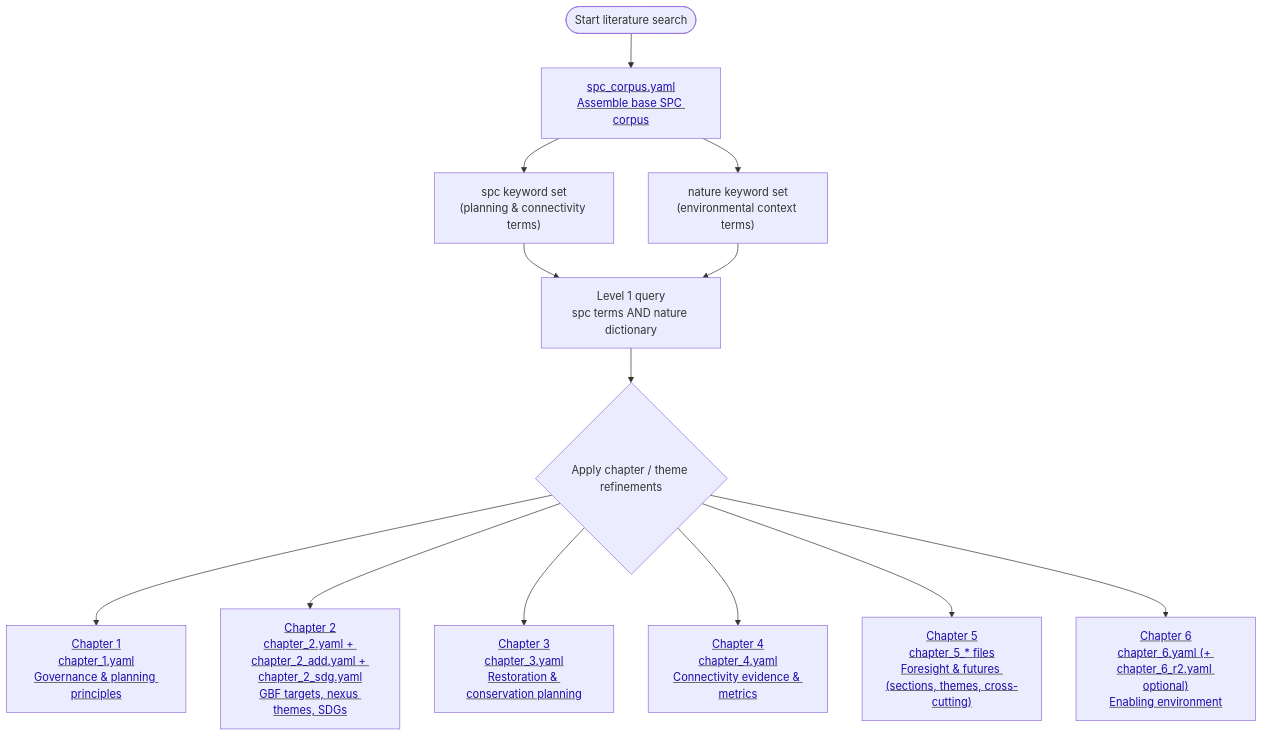
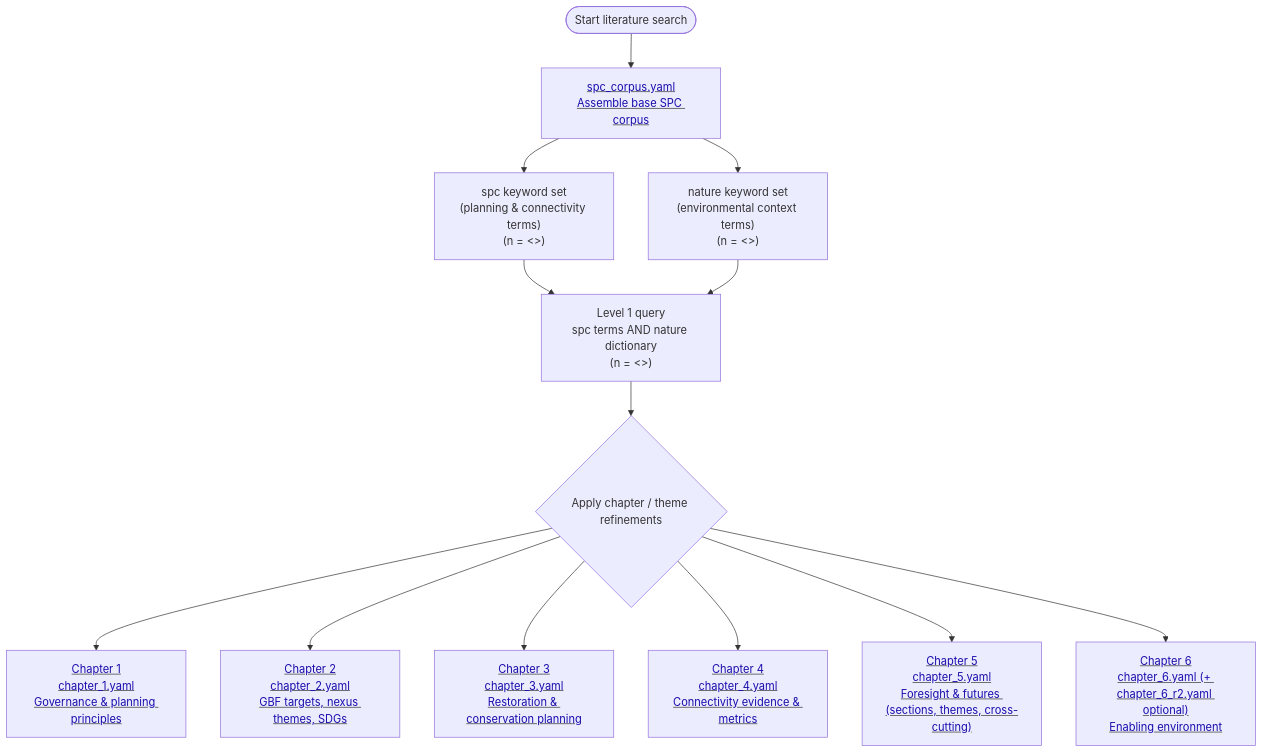
The diagram in figures/overview.mmd (gabriellabishop/IPBES_SPC_Corpus), drawn with Mermaid before and after one commit. The commit also changed 14 other files, not shown here.

Commit message:
Refinement charts and LLM Disclosure added

```diff
--- a/figures/overview.mmd
+++ b/figures/overview.mmd
@@ -1,23 +1,26 @@
 %%{init: {'flowchart': {'htmlLabels': true}}}%%
 flowchart TD
     Start([Start literature search]) --> SPC["<u><span style='color:#1a0dab;'>spc_corpus.yaml<br/>Assemble base SPC corpus</span></u>"]
     click SPC "./input/search_terms/spc_corpus.yaml" "Open spc_corpus.yaml"
-    SPC --> SPC_list["spc keyword set<br/>(planning & connectivity terms)"]
-    SPC --> NATURE_list["nature keyword set<br/>(environmental context terms)"]
-    SPC_list --> BaseQuery["Level 1 query<br/>spc terms AND nature dictionary"]
+    SPC --> SPC_list["spc keyword set<br/>(planning & connectivity terms)<br/>(n = <<SPC_LIST>>)"
+]
+    SPC --> NATURE_list["nature keyword set<br/>(environmental context terms)<br/>(n = <<NATURE_LIST>>)"
+]
+    SPC_list --> BaseQuery["Level 1 query<br/>spc terms AND nature dictionary<br/>(n = <<BASE_QUERY>>)"
+]
     NATURE_list --> BaseQuery
 
     BaseQuery --> ChapterSelect{Apply chapter / theme refinements}
 
     ChapterSelect --> CH1["<u><span style='color:#1a0dab;'>Chapter 1<br/>chapter_1.yaml<br/>Governance & planning principles</span></u>"]
     click CH1 "./input/search_terms/chapter_1.yaml" "Open chapter_1.yaml"
-    ChapterSelect --> CH2["<u><span style='color:#1a0dab;'>Chapter 2<br/>chapter_2.yaml + chapter_2_add.yaml + chapter_2_sdg.yaml<br/>GBF targets, nexus themes, SDGs</span></u>"]
+    ChapterSelect --> CH2["<u><span style='color:#1a0dab;'>Chapter 2<br/>chapter_2.yaml<br/>GBF targets, nexus themes, SDGs</span></u>"]
     click CH2 "./input/search_terms/chapter_2.yaml" "Open chapter_2.yaml"
     ChapterSelect --> CH3["<u><span style='color:#1a0dab;'>Chapter 3<br/>chapter_3.yaml<br/>Restoration & conservation planning</span></u>"]
     click CH3 "./input/search_terms/chapter_3.yaml" "Open chapter_3.yaml"
     ChapterSelect --> CH4["<u><span style='color:#1a0dab;'>Chapter 4<br/>chapter_4.yaml<br/>Connectivity evidence & metrics</span></u>"]
     click CH4 "./input/search_terms/chapter_4.yaml" "Open chapter_4.yaml"
-    ChapterSelect --> CH5["<u><span style='color:#1a0dab;'>Chapter 5<br/>chapter_5_* files<br/>Foresight & futures (sections, themes, cross-cutting)</span></u>"]
+    ChapterSelect --> CH5["<u><span style='color:#1a0dab;'>Chapter 5<br/>chapter_5.yaml<br/>Foresight & futures (sections, themes, cross-cutting)</span></u>"]
     click CH5 "./input/search_terms/Chapter_5_1_2.yaml" "Open Chapter 5 search terms"
     ChapterSelect --> CH6["<u><span style='color:#1a0dab;'>Chapter 6<br/>chapter_6.yaml (+ chapter_6_r2.yaml optional)<br/>Enabling environment</span></u>"]
     click CH6 "./input/search_terms/chapter_6.yaml" "Open chapter_6.yaml"
```
